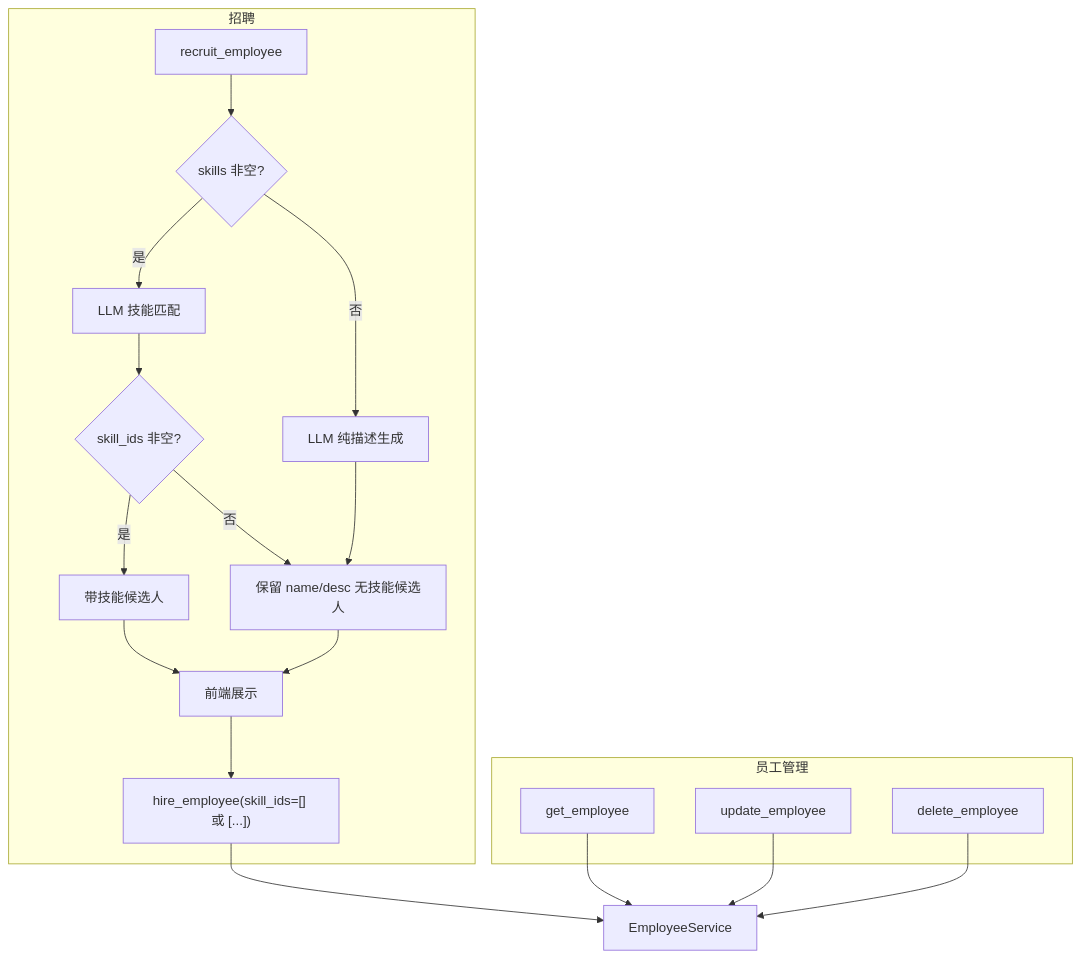
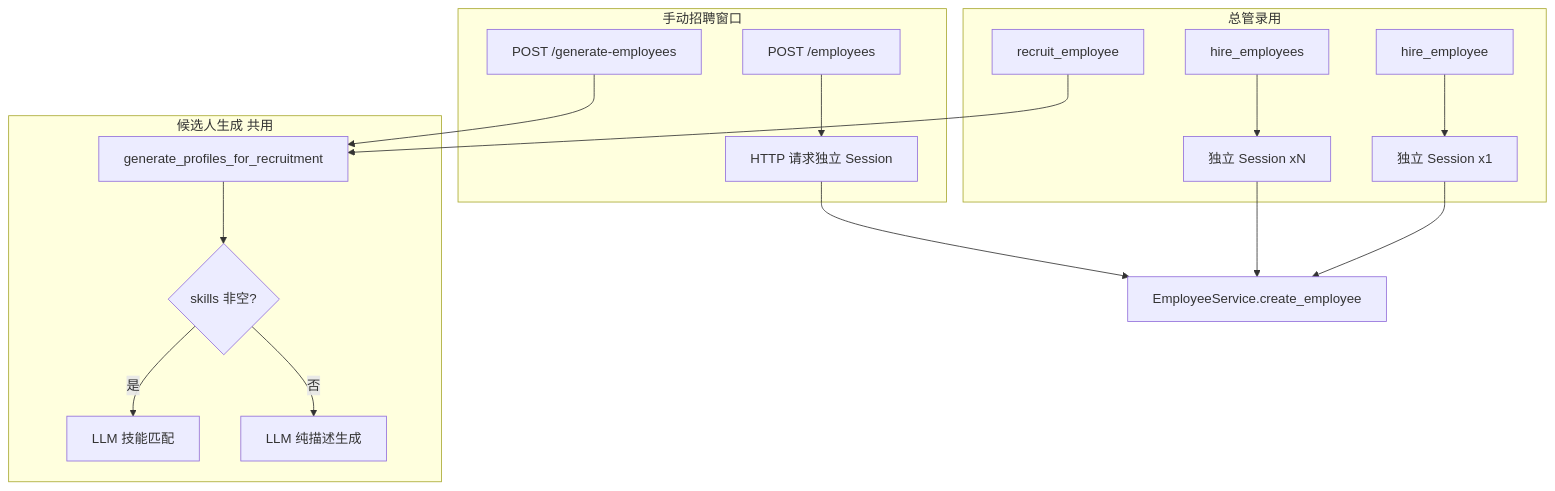
One commit to rzx007/digital-employe-client-web-m changed the second of 2 diagrams in .cursor/plans/总管员工crud与招聘_fe1fbe1a.plan.md. Above: the diagram before and after it, drawn with Mermaid. The commit also changed other lines of this file and 18 other files, not shown here.

````diff
--- a/.cursor/plans/总管员工crud与招聘_fe1fbe1a.plan.md
+++ b/.cursor/plans/总管员工crud与招聘_fe1fbe1a.plan.md
@@ -210,24 +149,21 @@
 ```mermaid
 flowchart TD
-    subgraph recruit [招聘]
-        R1[recruit_employee] --> R2{skills 非空?}
-        R2 -->|是| R3[LLM 技能匹配]
-        R2 -->|否| R4[LLM 纯描述生成]
-        R3 --> R5{skill_ids 非空?}
-        R5 -->|是| R6[带技能候选人]
-        R5 -->|否| R7[保留 name/desc 无技能候选人]
-        R4 --> R7
-        R6 --> R8[前端展示]
-        R7 --> R8
-        R8 --> R9["hire_employee(skill_ids=[] 或 [...])"]
+    subgraph gen [候选人生成 共用]
+        G1[generate_profiles_for_recruitment]
+        G1 --> G2{skills 非空?}
+        G2 -->|是| G3[LLM 技能匹配]
+        G2 -->|否| G4[LLM 纯描述生成]
     end
-    subgraph crud [员工管理]
-        C1[get_employee]
-        C2[update_employee]
-        C3[delete_employee]
+    subgraph orch [总管录用]
+        O1[recruit_employee] --> G1
+        O2[hire_employee] --> S1[独立 Session x1]
+        O3[hire_employees] --> S2[独立 Session xN]
     end
-    R9 --> EmployeeService
-    C1 --> EmployeeService
-    C2 --> EmployeeService
-    C3 --> EmployeeService
+    subgraph manual [手动招聘窗口]
+        M1["POST /generate-employees"] --> G1
+        M2["POST /employees"] --> S3[HTTP 请求独立 Session]
+    end
+    S1 --> ES[EmployeeService.create_employee]
+    S2 --> ES
+    S3 --> ES
 ```
````
